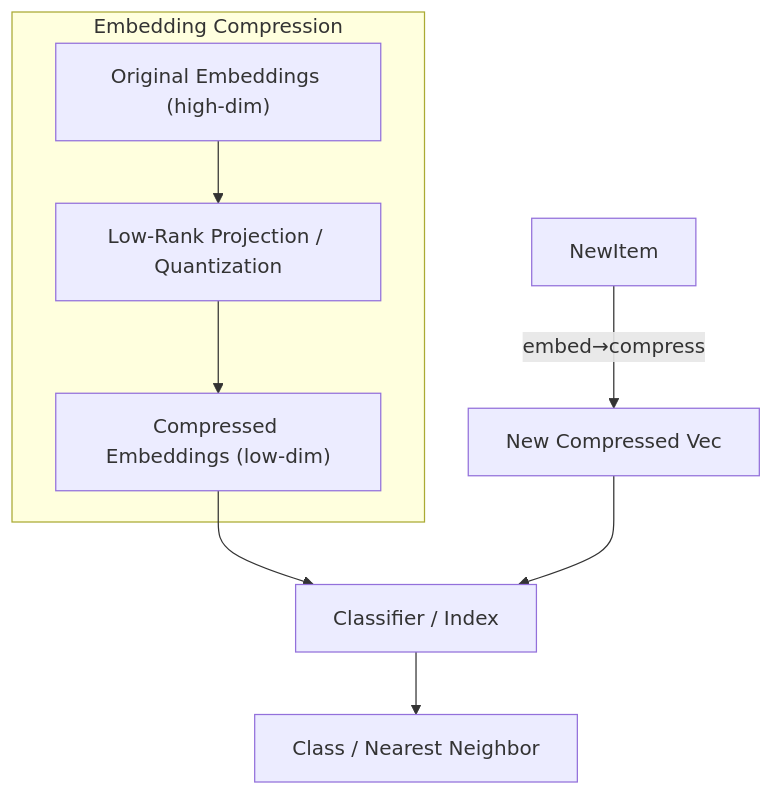
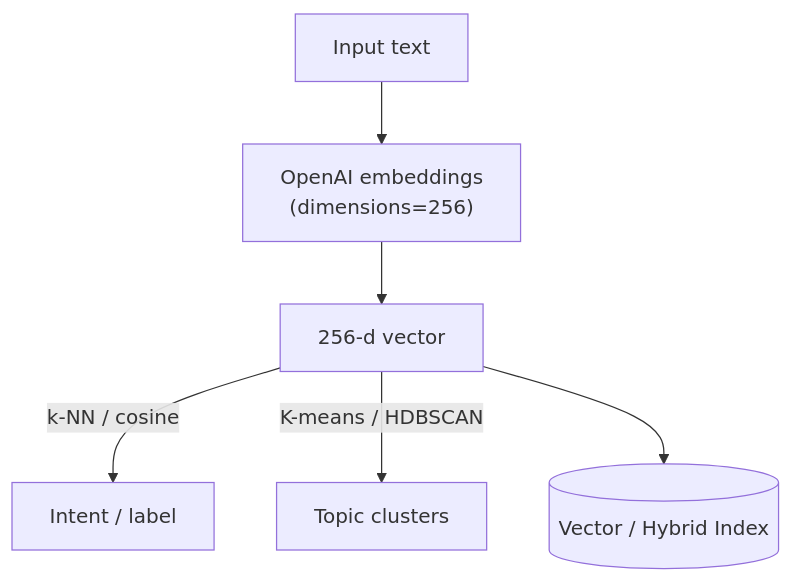
The seventh of 9 diagrams in 6-patterns.md (dmitry-buykin/llm-lab-katas), drawn with Mermaid before and after one commit. The commit also changed other lines of this file, not shown here.

Commit message:
fixed reduce dimension embeddings

````diff
--- a/6-patterns.md
+++ b/6-patterns.md
@@ -212,11 +252,8 @@
 ```mermaid
 flowchart TD
-    subgraph Embedding Compression
-      OriginalVec["Original Embeddings (high-dim)"] --> Compressor["Low-Rank Projection / Quantization"]
-      Compressor --> SmallVec["Compressed Embeddings (low-dim)"]
-    end
-    SmallVec --> Classifier["Classifier / Index"]
-    NewItem -->|embed→compress| SmallVecNew["New Compressed Vec"]
-    SmallVecNew --> Classifier
-    Classifier --> Result["Class / Nearest Neighbor"]
+    RawText["Input text"] --> Embed["OpenAI embeddings\n(dimensions=256)"]
+    Embed --> LowDimVec["256-d vector"]
+    LowDimVec -->|k-NN / cosine| Classifier["Intent / label"]
+    LowDimVec -->|K-means / HDBSCAN| Clusterer["Topic clusters"]
+    LowDimVec --> Index[(Vector / Hybrid Index)]
 ```
````
